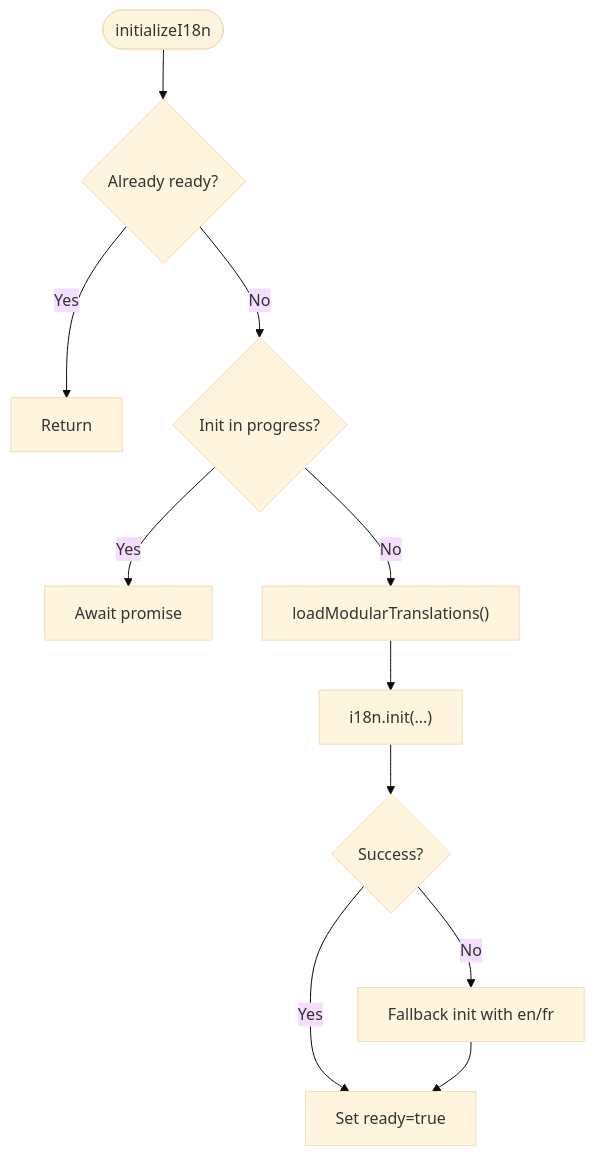
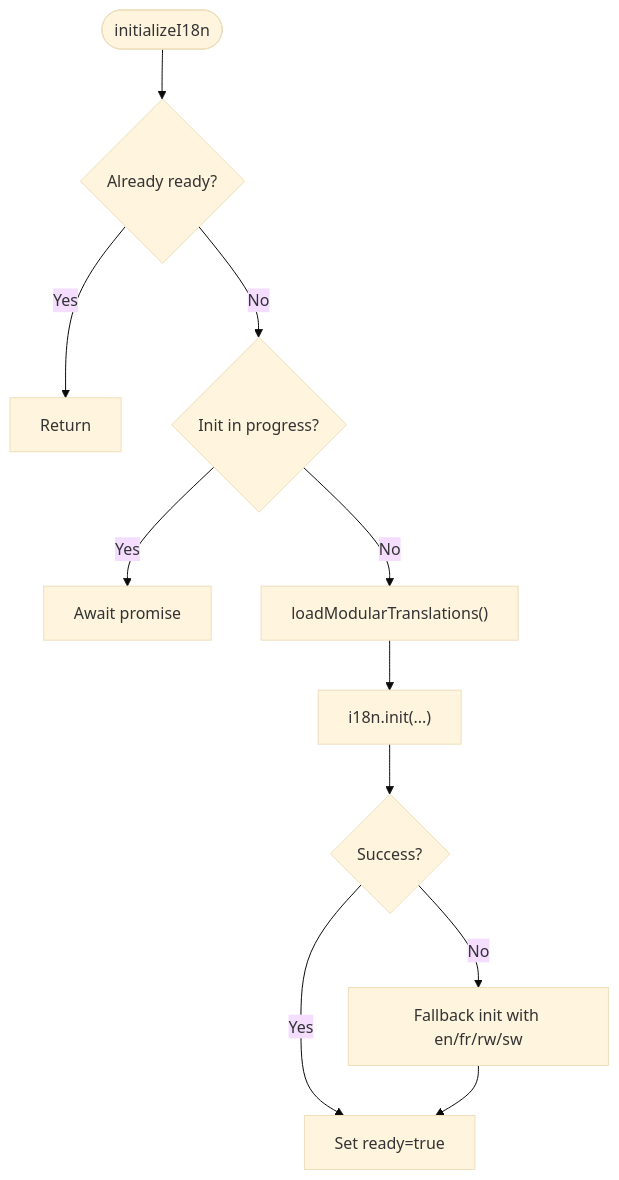
One commit to geniusdynamics/schoolpilot changed the third of 8 diagrams in .qoder/repowiki/en/content/Internationalization.md. Above: the diagram before and after it, drawn with Mermaid (base theme). The commit also changed other lines of this file and 21 other files, not shown here.

````diff
--- a/.qoder/repowiki/en/content/Internationalization.md
+++ b/.qoder/repowiki/en/content/Internationalization.md
@@ -144,13 +176,13 @@
 ```mermaid
 flowchart TD
 Start(["initializeI18n"]) --> CheckReady{"Already ready?"}
 CheckReady --> |Yes| Return["Return"]
 CheckReady --> |No| CheckInProgress{"Init in progress?"}
 CheckInProgress --> |Yes| Await["Await promise"]
 CheckInProgress --> |No| BuildResources["loadModularTranslations()"]
 BuildResources --> InitI18n["i18n.init(...)"]
 InitI18n --> Success{"Success?"}
 Success --> |Yes| Done["Set ready=true"]
-Success --> |No| Fallback["Fallback init with en/fr"]
+Success --> |No| Fallback["Fallback init with en/fr/rw/sw"]
 Fallback --> Done
 ```
````
